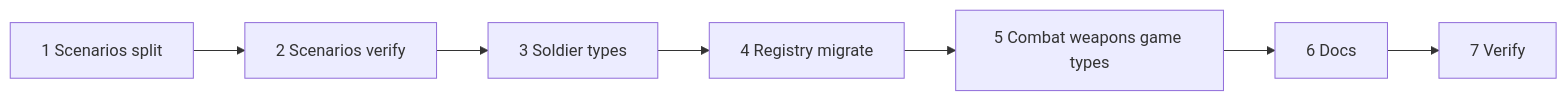
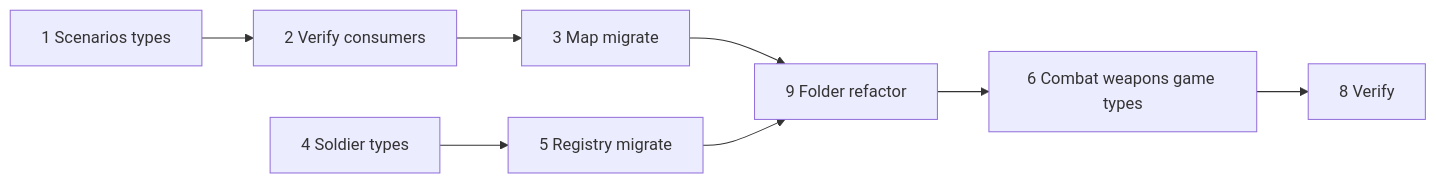
Before and after one commit to MaxiGarcia13/conter-strai: the diagram in specs/architecture/tasks.md, drawn with Mermaid. The commit also changed other lines of this file and 12 other files, not shown here.

Commit message:
chore: Refactor soldier types and registry to consolidate soldier skin management, replacing `getSoldierById` with `getSoldierSkinById`, and update related components for improved code organization and clarity.

````diff
--- a/specs/architecture/tasks.md
+++ b/specs/architecture/tasks.md
@@ -105,9 +158,10 @@
 ```mermaid
 flowchart LR
-  A[1 Scenarios split] --> B[2 Scenarios verify]
-  B --> C[3 Soldier types]
-  C --> D[4 Registry migrate]
-  D --> E[5 Combat weapons game types]
-  E --> F[6 Docs]
-  F --> G[7 Verify]
+  A[1 Scenarios types] --> B[2 Verify consumers]
+  B --> C[3 Map migrate]
+  D[4 Soldier types] --> E[5 Registry migrate]
+  C --> F[9 Folder refactor]
+  E --> F
+  F --> G[6 Combat weapons game types]
+  G --> H[8 Verify]
 ```
````
